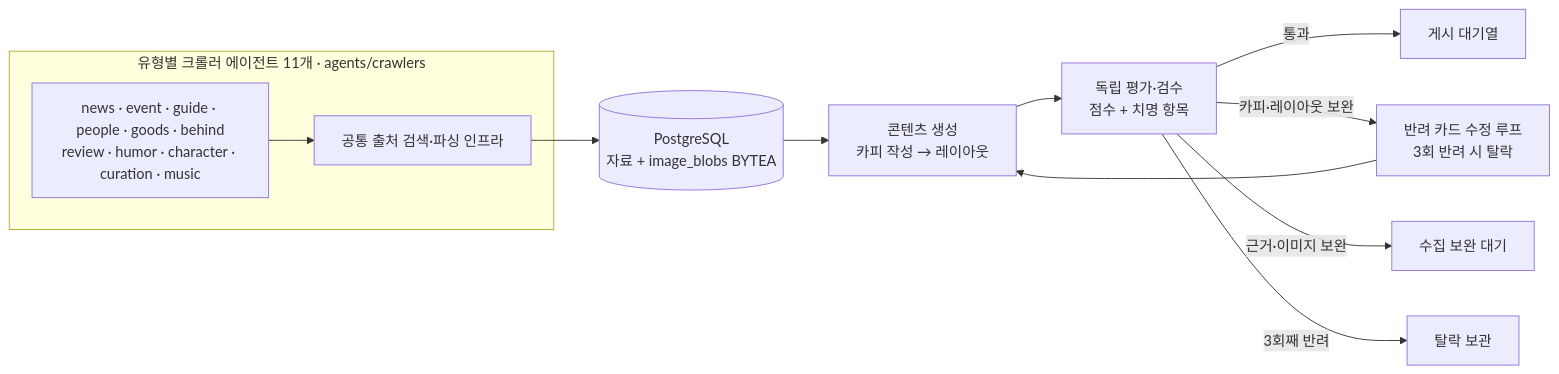
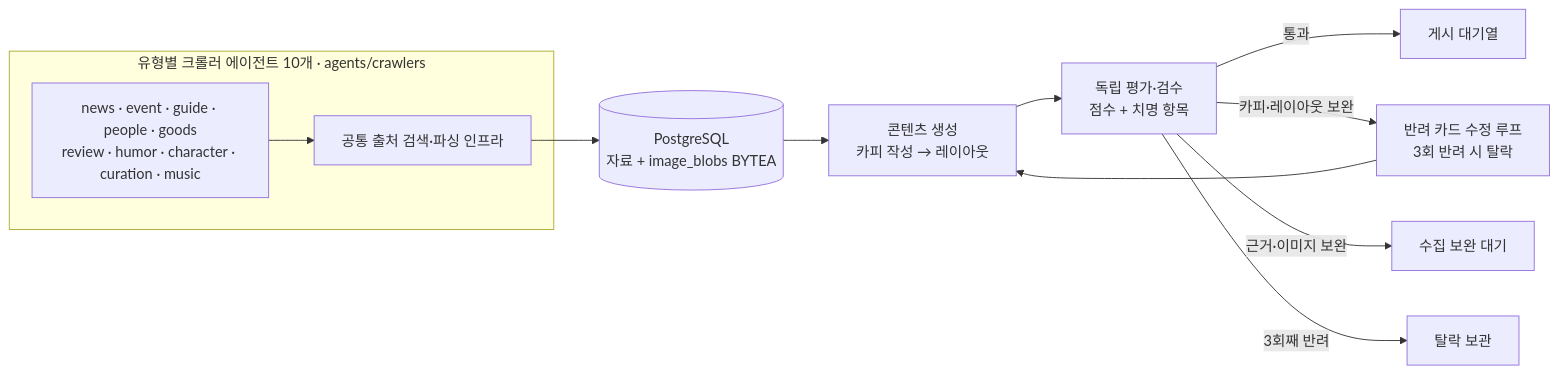
One commit to Por0ri/me-and-nu changed the diagram in agents/ani_me;nu/src/ani_menu_agent/agents/README.md. Above: the diagram before and after it, drawn with Mermaid. The commit also changed other lines of this file and 66 other files, not shown here.

````diff
--- a/agents/ani_me;nu/src/ani_menu_agent/agents/README.md
+++ b/agents/ani_me;nu/src/ani_menu_agent/agents/README.md
@@ -5,21 +5,21 @@
 ```mermaid
 flowchart LR
-  subgraph C[유형별 크롤러 에이전트 11개 · agents/crawlers]
-    TYPE[news · event · guide · people · goods · behind\nreview · humor · character · curation · music]
+  subgraph C[유형별 크롤러 에이전트 10개 · agents/crawlers]
+    TYPE[news · event · guide · people · goods\nreview · humor · character · curation · music]
     COLLECT[공통 출처 검색·파싱 인프라]
     TYPE --> COLLECT
   end
   DB[(PostgreSQL\n자료 + image_blobs BYTEA)]
   G[콘텐츠 생성\n카피 작성 → 레이아웃]
   R[독립 평가·검수\n점수 + 치명 항목]
   FEED[게시 대기열]
   FIX[반려 카드 수정 루프\n3회 반려 시 탈락]
   CRAWL[수집 보완 대기]
   ARCHIVE[탈락 보관]
   COLLECT --> DB
   DB --> G --> R
   R -->|통과| FEED
   R -->|카피·레이아웃 보완| FIX --> G
   R -->|근거·이미지 보완| CRAWL
   R -->|3회째 반려| ARCHIVE
 ```
````
